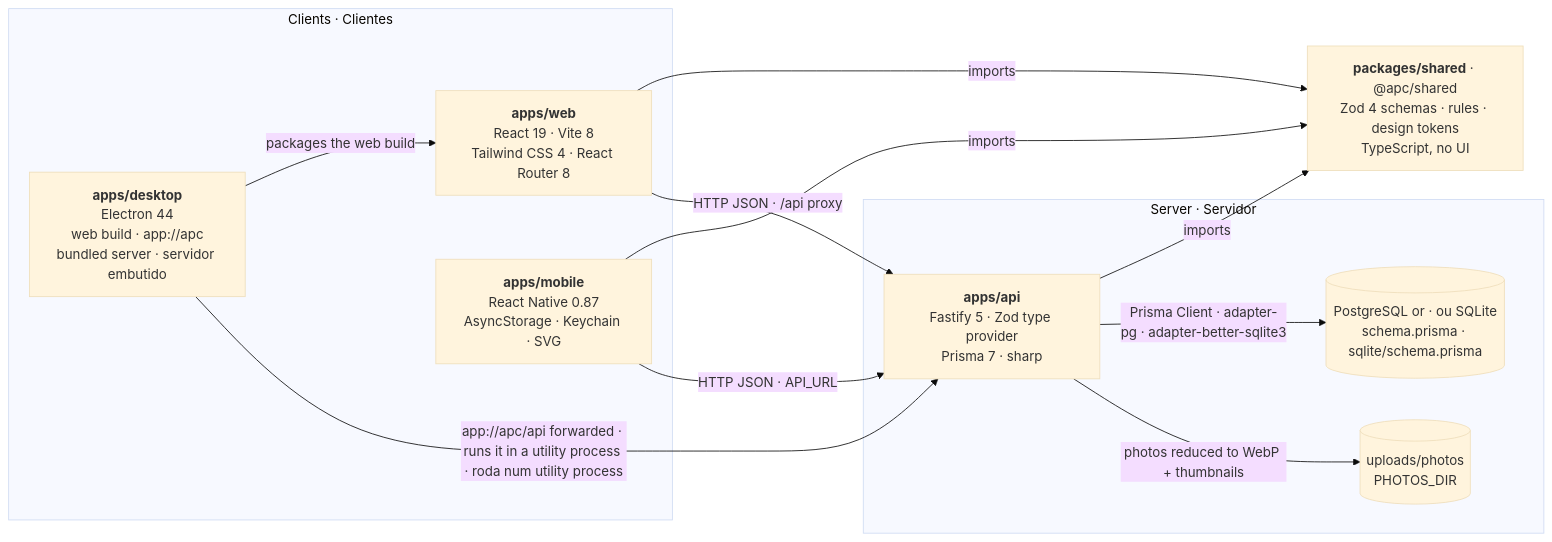
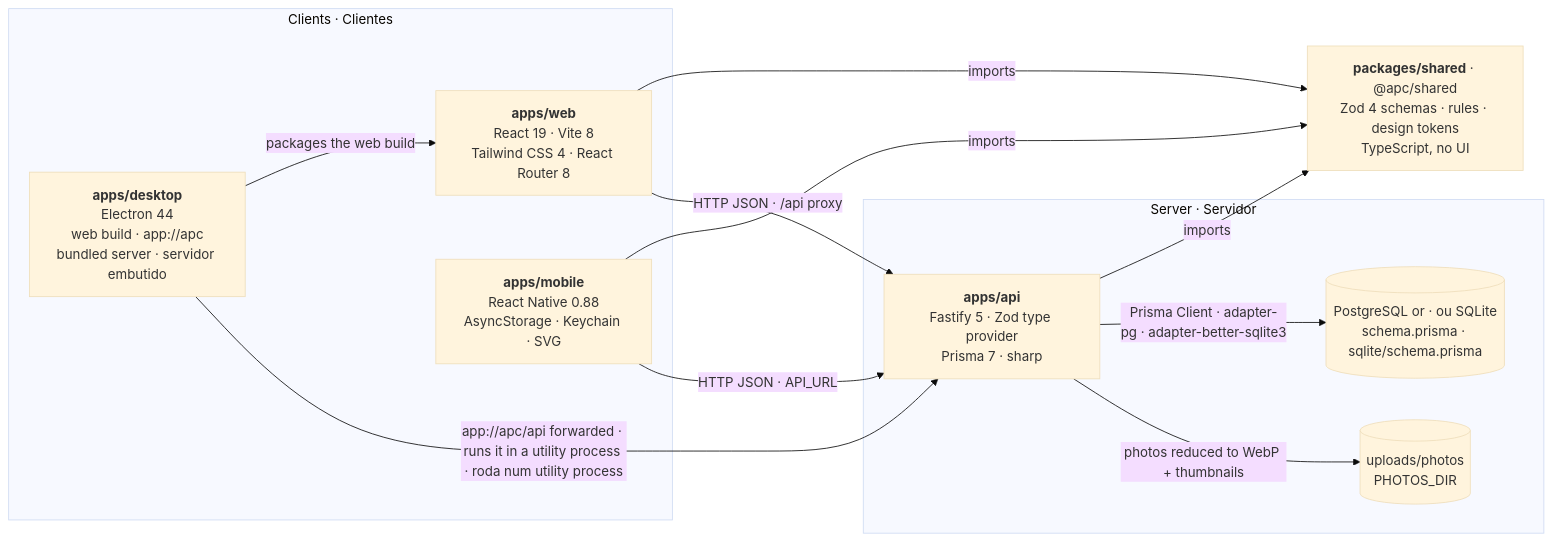
The first of 6 diagrams in docs/architecture.md (ChrisCamilo/apc-universal-repair), drawn with Mermaid (base theme) before and after one commit. The commit also changed other lines of this file and 1 other file, not shown here.

Commit message:
docs: Name React Native 0.88 in the README and architecture docs

````diff
--- a/docs/architecture.md
+++ b/docs/architecture.md
@@ -11,26 +11,26 @@
 ```mermaid
 flowchart LR
     subgraph clients["Clients · Clientes"]
         web["<b>apps/web</b><br/>React 19 · Vite 8<br/>Tailwind CSS 4 · React Router 8"]
-        mobile["<b>apps/mobile</b><br/>React Native 0.87<br/>AsyncStorage · Keychain · SVG"]
+        mobile["<b>apps/mobile</b><br/>React Native 0.88<br/>AsyncStorage · Keychain · SVG"]
         desktop["<b>apps/desktop</b><br/>Electron 44<br/>web build · app://apc<br/>bundled server · servidor embutido"]
     end
 
     shared["<b>packages/shared</b> · @apc/shared<br/>Zod 4 schemas · rules · design tokens<br/>TypeScript, no UI"]
 
     subgraph server["Server · Servidor"]
         api["<b>apps/api</b><br/>Fastify 5 · Zod type provider<br/>Prisma 7 · sharp"]
         db[("PostgreSQL or · ou SQLite<br/>schema.prisma · sqlite/schema.prisma")]
         files[("uploads/photos<br/>PHOTOS_DIR")]
     end
 
     web -- imports --> shared
     desktop -- "packages the web build" --> web
     mobile -- imports --> shared
     api -- imports --> shared
     web -- "HTTP JSON · /api proxy" --> api
     mobile -- "HTTP JSON · API_URL" --> api
     desktop -- "app://apc/api forwarded · runs it in a utility process · roda num utility process" --> api
     api -- "Prisma Client · adapter-pg · adapter-better-sqlite3" --> db
     api -- "photos reduced to WebP + thumbnails" --> files
 ```
````
